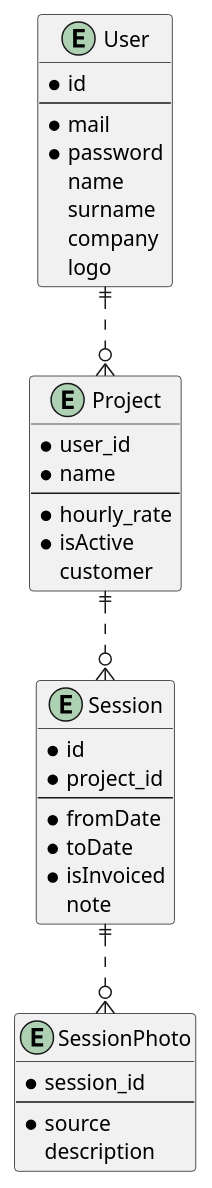
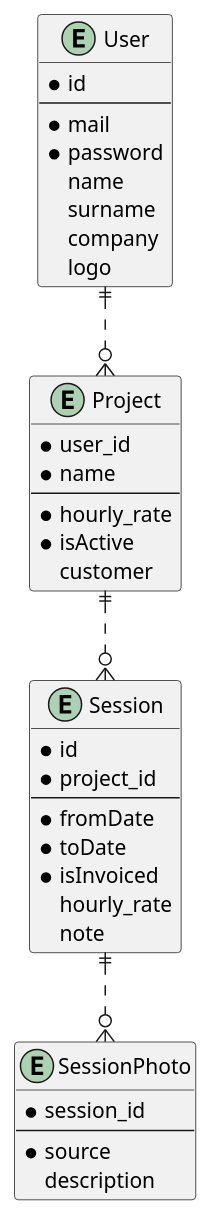
The diagram in diagram.puml (betusin/pb138-track-your-time), drawn with PlantUML before and after one commit.

Commit message:
fix(ERD): nullable hourly_rate for session

```diff
--- a/diagram.puml
+++ b/diagram.puml
@@ -1,51 +1,52 @@
 @startuml track-your-time-data
 
 entity User {
     * id
     --
     * mail
     * password
     name
     surname
     company
     logo
 }
 
 entity Project {
     * user_id
     * name
     --
     * hourly_rate
     * isActive
     customer
     ' customer just as a name/description,
     ' for now not a separate entity
 }
 
 entity Session {
     * id
     * project_id
     --
     * fromDate
     * toDate
     ' maybe just fromDate and duration?
     '
     * isInvoiced
+    hourly_rate
     note
 }
 
 entity SessionPhoto {
     * session_id
     --
     * source
     description
 }
 
 
 'Relations
 
 User ||..o{ Project
 Project ||..o{ Session
 Session ||..o{ SessionPhoto
 
 @enduml
```
